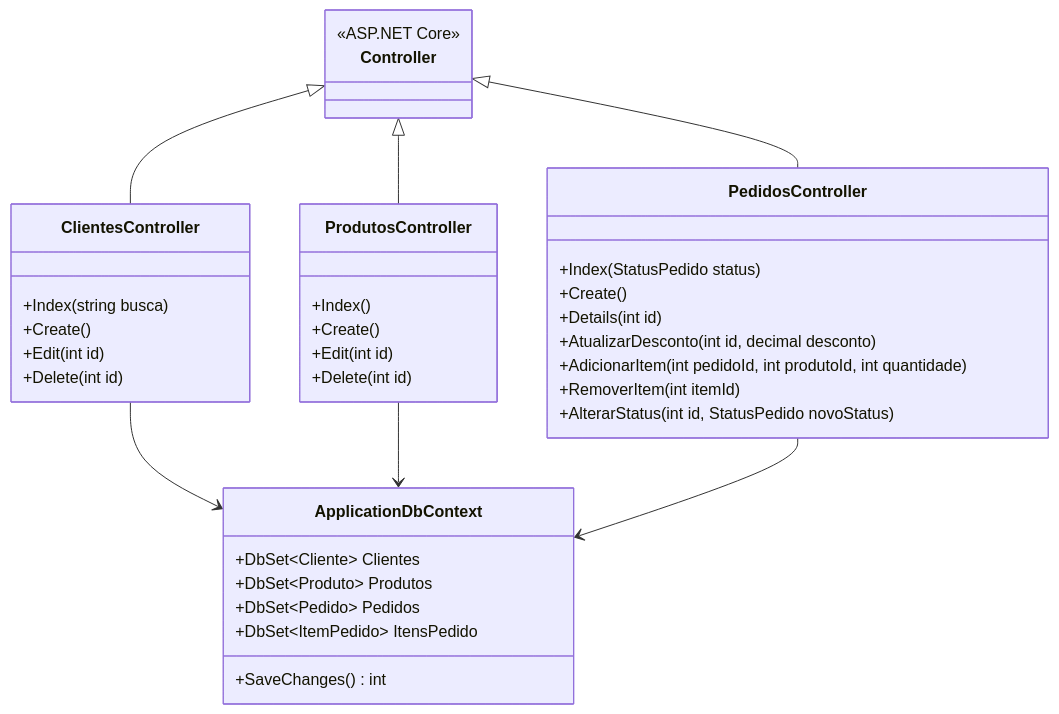
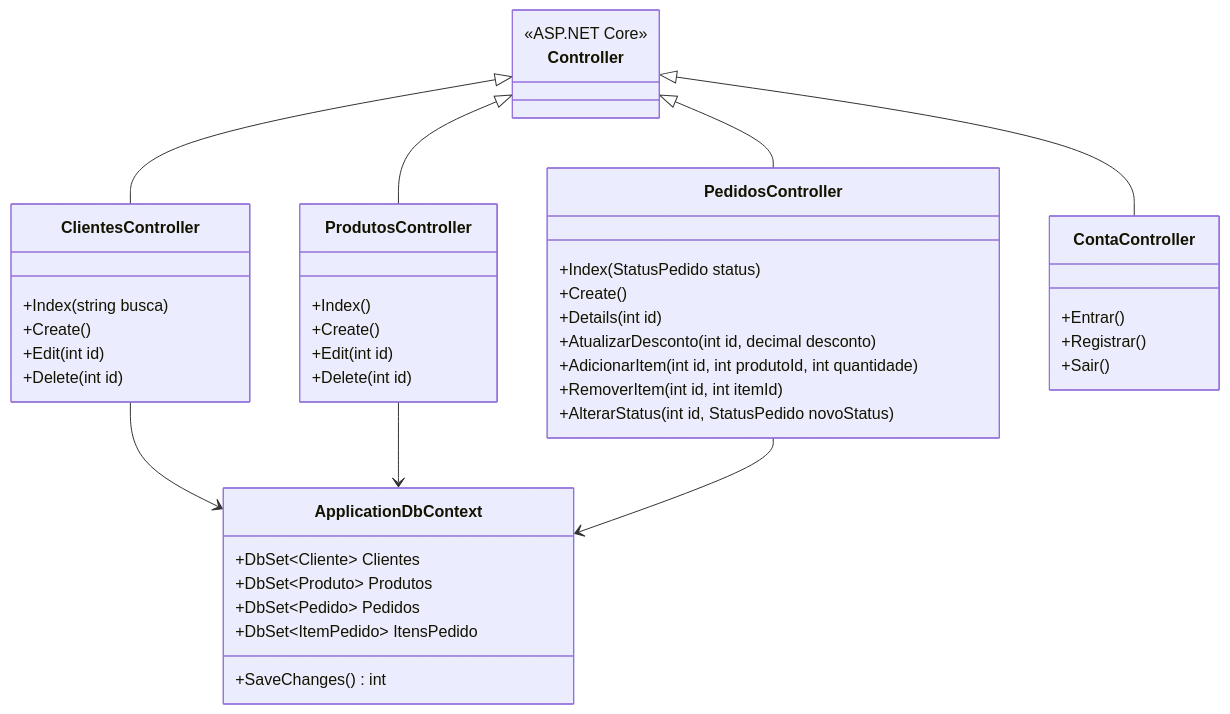
Before and after one commit to Eduardo-Menzel/pedidofacil: the second of 2 diagrams in docs/01-situacao-1-planejamento/03-uml/classes.md, drawn with Mermaid. The commit also changed other lines of this file and 70 other files, not shown here.

````diff
--- a/docs/01-situacao-1-planejamento/03-uml/classes.md
+++ b/docs/01-situacao-1-planejamento/03-uml/classes.md
@@ -97,43 +108,49 @@
 ```mermaid
 classDiagram
     direction TB
 
     class Controller {
         <<ASP.NET Core>>
     }
     class ClientesController {
         +Index(string busca)
         +Create()
         +Edit(int id)
         +Delete(int id)
     }
     class ProdutosController {
         +Index()
         +Create()
         +Edit(int id)
         +Delete(int id)
     }
     class PedidosController {
         +Index(StatusPedido status)
         +Create()
         +Details(int id)
         +AtualizarDesconto(int id, decimal desconto)
-        +AdicionarItem(int pedidoId, int produtoId, int quantidade)
-        +RemoverItem(int itemId)
+        +AdicionarItem(int id, int produtoId, int quantidade)
+        +RemoverItem(int id, int itemId)
         +AlterarStatus(int id, StatusPedido novoStatus)
+    }
+    class ContaController {
+        +Entrar()
+        +Registrar()
+        +Sair()
     }
     class ApplicationDbContext {
         +DbSet~Cliente~ Clientes
         +DbSet~Produto~ Produtos
         +DbSet~Pedido~ Pedidos
         +DbSet~ItemPedido~ ItensPedido
         +SaveChanges() int
     }
 
     Controller <|-- ClientesController
     Controller <|-- ProdutosController
     Controller <|-- PedidosController
+    Controller <|-- ContaController
     ClientesController --> ApplicationDbContext
     ProdutosController --> ApplicationDbContext
     PedidosController --> ApplicationDbContext
 ```
````
